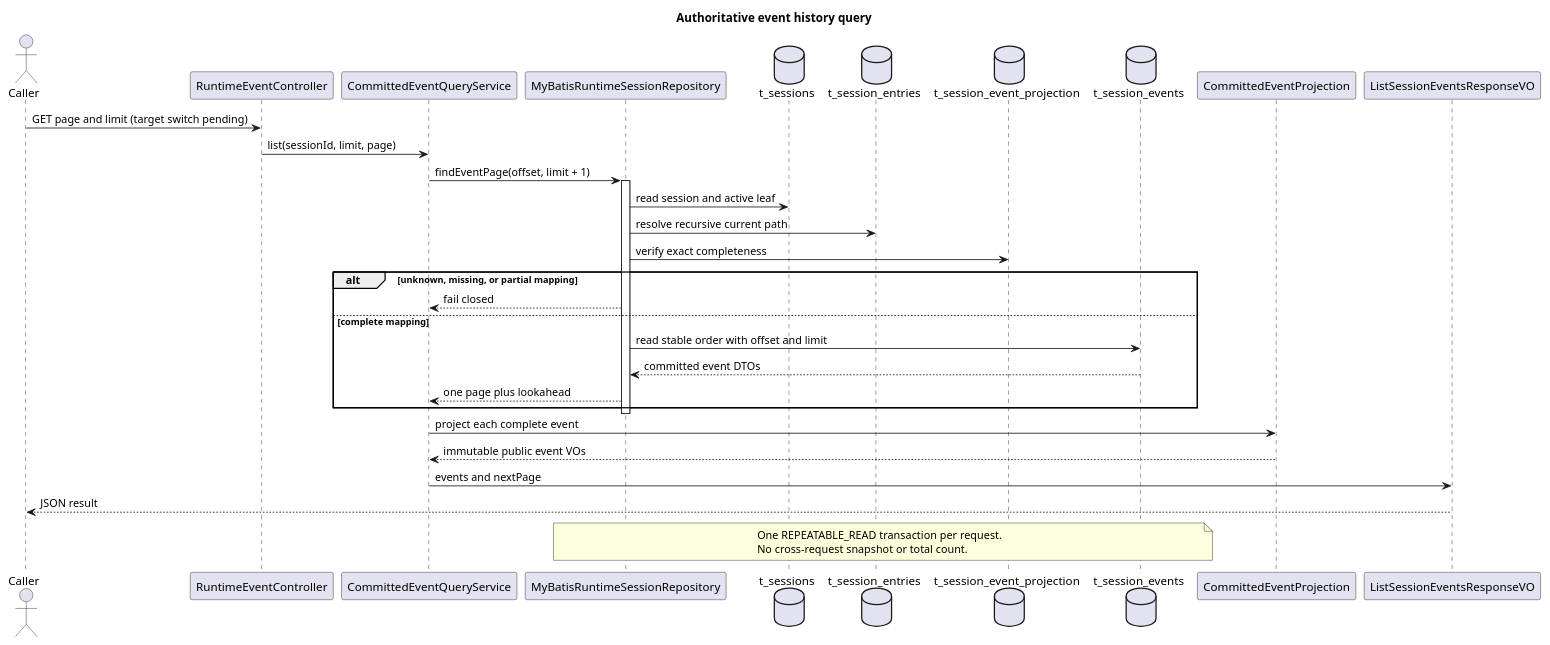
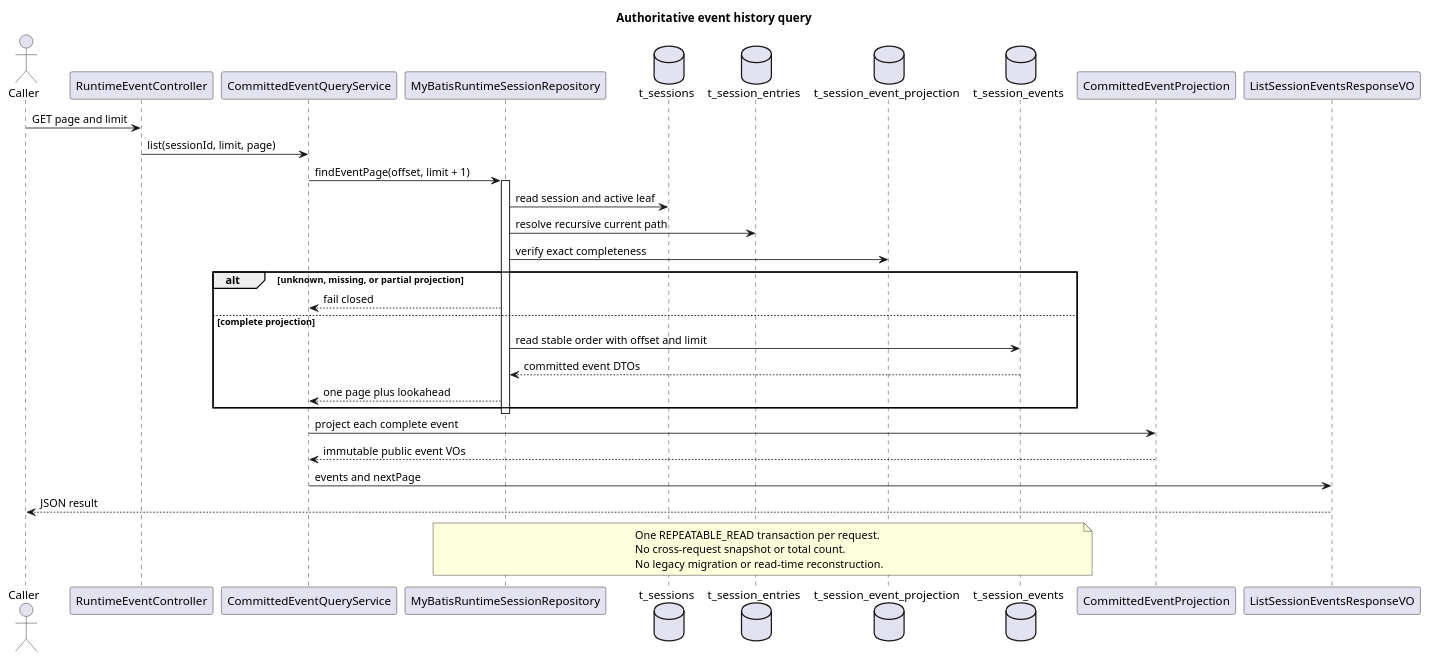
Before and after one commit to 2862282695gjh-afk/pi-mono-java: the diagram in docs/designs/runtime-event-history-v2/diagram.puml, drawn with PlantUML. The commit also changed other lines of this file and 15 other files, not shown here.

```diff
--- a/docs/designs/runtime-event-history-v2/diagram.puml
+++ b/docs/designs/runtime-event-history-v2/diagram.puml
@@ -1,47 +1,51 @@
 @startuml query_pipeline
 title Authoritative event history query
-' Source baseline: pi-mono-java d9a20777 plus commits through fa354fe2
+' Source baseline: pi-mono-java 17f91e20
 ' Source: modules/coding-agent-cli/src/main/java/com/campusclaw/codingagent/runtimeapi/event/CommittedEventQueryService.java#list
 ' Source: modules/coding-agent-cli/src/main/java/com/campusclaw/codingagent/runtimeapi/persistence/MyBatisRuntimeSessionRepository.java#findEventPage
 ' Source: modules/coding-agent-cli/src/main/resources/mapper/session/RuntimeSessionMapper.xml#countUnmappedCurrentBranchEntries
-' Observed behavior: the production controller still uses the legacy history path.
-' Design reason: switch HTTP only after every public writer uses atomic committed events.
+' Source: modules/coding-agent-cli/src/main/resources/db/gaussdb/install/session_schema.sql
+' Observed behavior: current-version writers persist exact public-event markers atomically.
+' Product constraint: the first release supports fresh installation only and has no legacy migration.
+' Design reason: history reads fail closed on incomplete current-version projections.
 ' Pi baseline: 5cd93f688aaab89dbb6dfa4aca535f21796ae185
-' Pi source: packages/agent/src/agent-loop.ts#runLoop
+' Pi source: packages/agent/src/agent-loop.ts#runAgentLoop
+' Pi source: packages/agent/src/agent-loop.ts#prepareToolCall
 ' Java divergence: pi has no CampusClaw current-branch HTTP history store.
 actor Caller
 participant RuntimeEventController
 participant CommittedEventQueryService
 participant MyBatisRuntimeSessionRepository
 database t_sessions
 database t_session_entries
 database t_session_event_projection
 database t_session_events
 participant CommittedEventProjection
 participant ListSessionEventsResponseVO
 
-Caller -> RuntimeEventController : GET page and limit (target switch pending)
+Caller -> RuntimeEventController : GET page and limit
 RuntimeEventController -> CommittedEventQueryService : list(sessionId, limit, page)
 CommittedEventQueryService -> MyBatisRuntimeSessionRepository : findEventPage(offset, limit + 1)
 activate MyBatisRuntimeSessionRepository
 MyBatisRuntimeSessionRepository -> t_sessions : read session and active leaf
 MyBatisRuntimeSessionRepository -> t_session_entries : resolve recursive current path
 MyBatisRuntimeSessionRepository -> t_session_event_projection : verify exact completeness
-alt unknown, missing, or partial mapping
+alt unknown, missing, or partial projection
   MyBatisRuntimeSessionRepository --> CommittedEventQueryService : fail closed
-else complete mapping
+else complete projection
   MyBatisRuntimeSessionRepository -> t_session_events : read stable order with offset and limit
   t_session_events --> MyBatisRuntimeSessionRepository : committed event DTOs
   MyBatisRuntimeSessionRepository --> CommittedEventQueryService : one page plus lookahead
 end
 deactivate MyBatisRuntimeSessionRepository
 CommittedEventQueryService -> CommittedEventProjection : project each complete event
 CommittedEventProjection --> CommittedEventQueryService : immutable public event VOs
 CommittedEventQueryService -> ListSessionEventsResponseVO : events and nextPage
 ListSessionEventsResponseVO --> Caller : JSON result
 
 note over MyBatisRuntimeSessionRepository,t_session_events
   One REPEATABLE_READ transaction per request.
   No cross-request snapshot or total count.
+  No legacy migration or read-time reconstruction.
 end note
 @enduml
```
